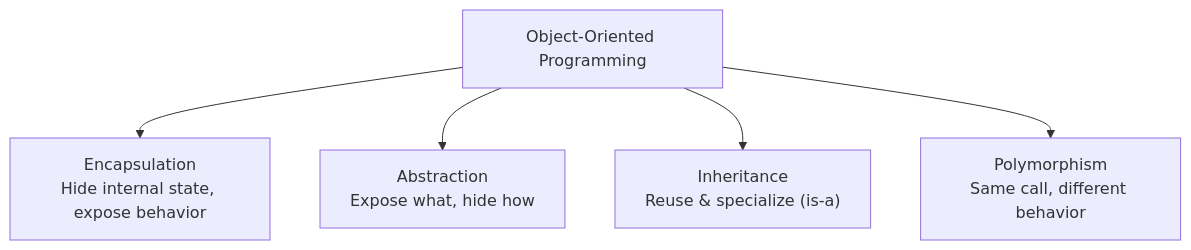
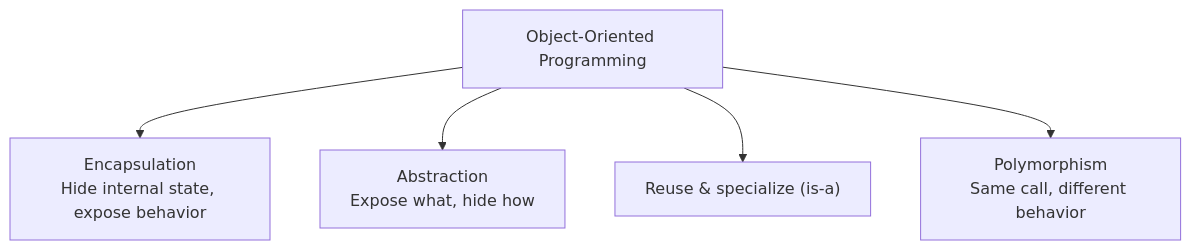
The diagram in 06-OOP/README.md (Nasirsayyed/C-and-.net-end-to-end-learning-), drawn with Mermaid before and after one commit. The commit also changed other lines of this file and 18 other files, not shown here.

````diff
--- a/06-OOP/README.md
+++ b/06-OOP/README.md
@@ -21,8 +19,8 @@
 ```mermaid
 flowchart TD
     OOP["Object-Oriented Programming"]
     OOP --> ENC["Encapsulation\nHide internal state, expose behavior"]
     OOP --> ABS["Abstraction\nExpose what, hide how"]
-    OOP --> INH["Inheritance\nReuse & specialize (is-a)"]
+    OOP --> INH["Reuse & specialize (is-a)"]
     OOP --> POLY["Polymorphism\nSame call, different behavior"]
 ```
````
